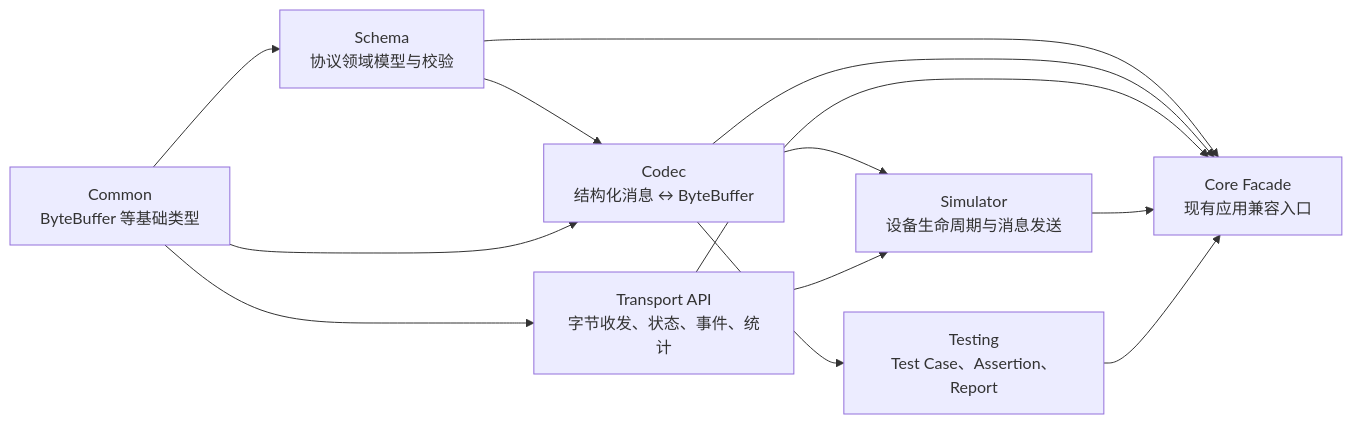
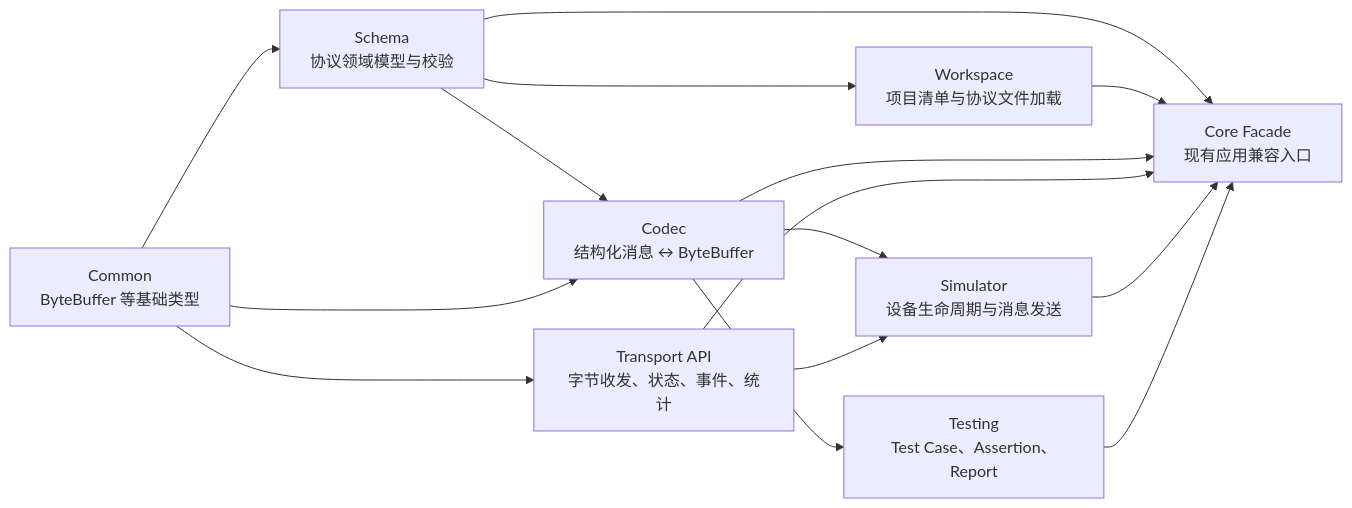
One commit to ZevixQuatol/IoT-Protocol-Studio changed the diagram in docs/Core 模块架构.md. Above: the diagram before and after it, drawn with Mermaid. The commit also changed other lines of this file and 12 other files, not shown here.

````diff
--- a/docs/Core 模块架构.md
+++ b/docs/Core 模块架构.md
@@ -26,23 +27,26 @@
 ```mermaid
 flowchart LR
     Common["Common<br/>ByteBuffer 等基础类型"]
     Schema["Schema<br/>协议领域模型与校验"]
+    Workspace["Workspace<br/>项目清单与协议文件加载"]
     Codec["Codec<br/>结构化消息 ↔ ByteBuffer"]
     Transport["Transport API<br/>字节收发、状态、事件、统计"]
     Simulator["Simulator<br/>设备生命周期与消息发送"]
     Testing["Testing<br/>Test Case、Assertion、Report"]
     Facade["Core Facade<br/>现有应用兼容入口"]
 
     Common --> Schema
+    Schema --> Workspace
     Common --> Transport
     Schema --> Codec
     Common --> Codec
     Codec --> Simulator
     Transport --> Simulator
     Codec --> Testing
     Schema --> Facade
+    Workspace --> Facade
     Codec --> Facade
     Transport --> Facade
     Simulator --> Facade
     Testing --> Facade
 ```
````
